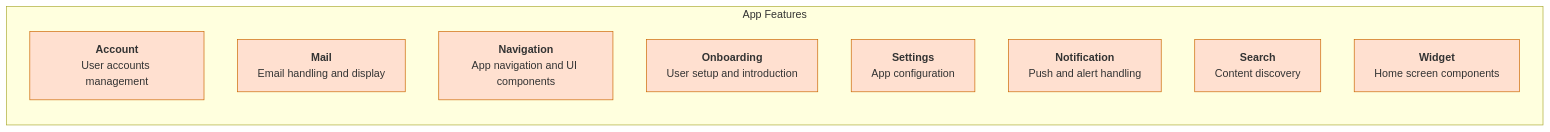
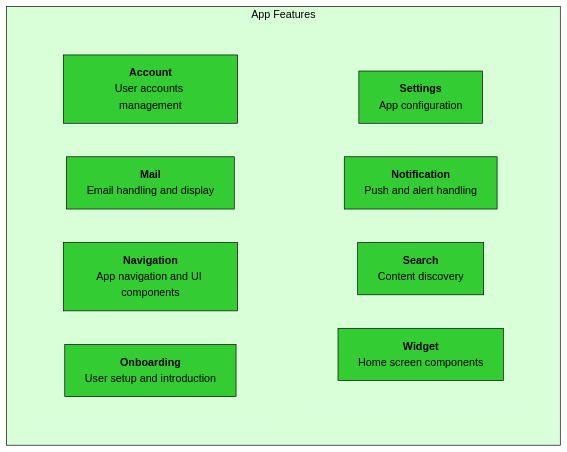
Before and after one commit to thunderbird/thunderbird-android: the first of 2 diagrams in docs/architecture/feature-modules.md, drawn with Mermaid. The commit also changed other lines of this file and 5 other files, not shown here.

Commit message:
docs(architecture): improve diagram colors and unified styling and naming

````diff
--- a/docs/architecture/feature-modules.md
+++ b/docs/architecture/feature-modules.md
@@ -12,17 +12,31 @@
 ```mermaid
 graph TB
-    subgraph FEATURES[App Features]
+    subgraph FEATURE[App Features]
         direction TB
-        ACCOUNT["`**Account**<br>User accounts management`"]
-        MAIL["`**Mail**<br>Email handling and display`"]
-        NAVIGATION["`**Navigation**<br>App navigation and UI components`"]
-        ONBOARDING["`**Onboarding**<br>User setup and introduction`"]
-        SETTINGS["`**Settings**<br>App configuration`"]
-        NOTIFICATION["`**Notification**<br>Push and alert handling`"]
-        SEARCH["`**Search**<br>Content discovery`"]
-        WIDGET["`**Widget**<br>Home screen components`"]
+        
+        
+        subgraph ROW_2[" "]
+            direction LR
+            SETTINGS["`**Settings**<br>App configuration`"]
+            NOTIFICATION["`**Notification**<br>Push and alert handling`"]
+            SEARCH["`**Search**<br>Content discovery`"]
+            WIDGET["`**Widget**<br>Home screen components`"]
+        end
+        
+        subgraph ROW_1[" "]
+            direction LR
+            ACCOUNT["`**Account**<br>User accounts management`"]
+            MAIL["`**Mail**<br>Email handling and display`"]
+            NAVIGATION["`**Navigation**<br>App navigation and UI components`"]
+            ONBOARDING["`**Onboarding**<br>User setup and introduction`"]
+        end
     end
 
-    classDef feature fill:#ffe0d0, stroke:#cc6600
-    class ACCOUNT,MAIL,NAVIGATION,ONBOARDING,SETTINGS,NOTIFICATION,SEARCH,WIDGET feature
+    classDef row fill: #d9ffd9, stroke: #d9ffd9, color: #d9ffd9
+    classDef feature fill: #d9ffd9,stroke: #000000, color: #000000
+    classDef feature_module fill: #33cc33, stroke: #000000, color:#000000
+    
+    class ROW_1,ROW_2 row
+    class FEATURE feature
+    class ACCOUNT,MAIL,NAVIGATION,ONBOARDING,SETTINGS,NOTIFICATION,SEARCH,WIDGET feature_module
 ```
````
